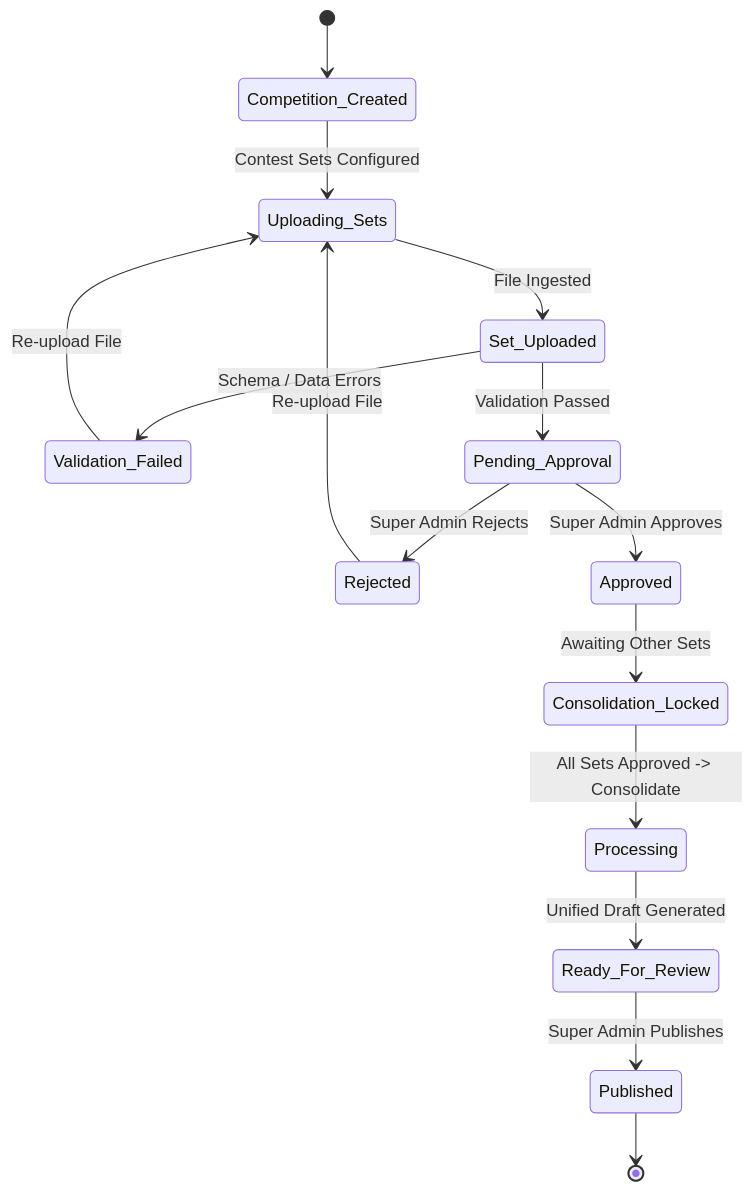
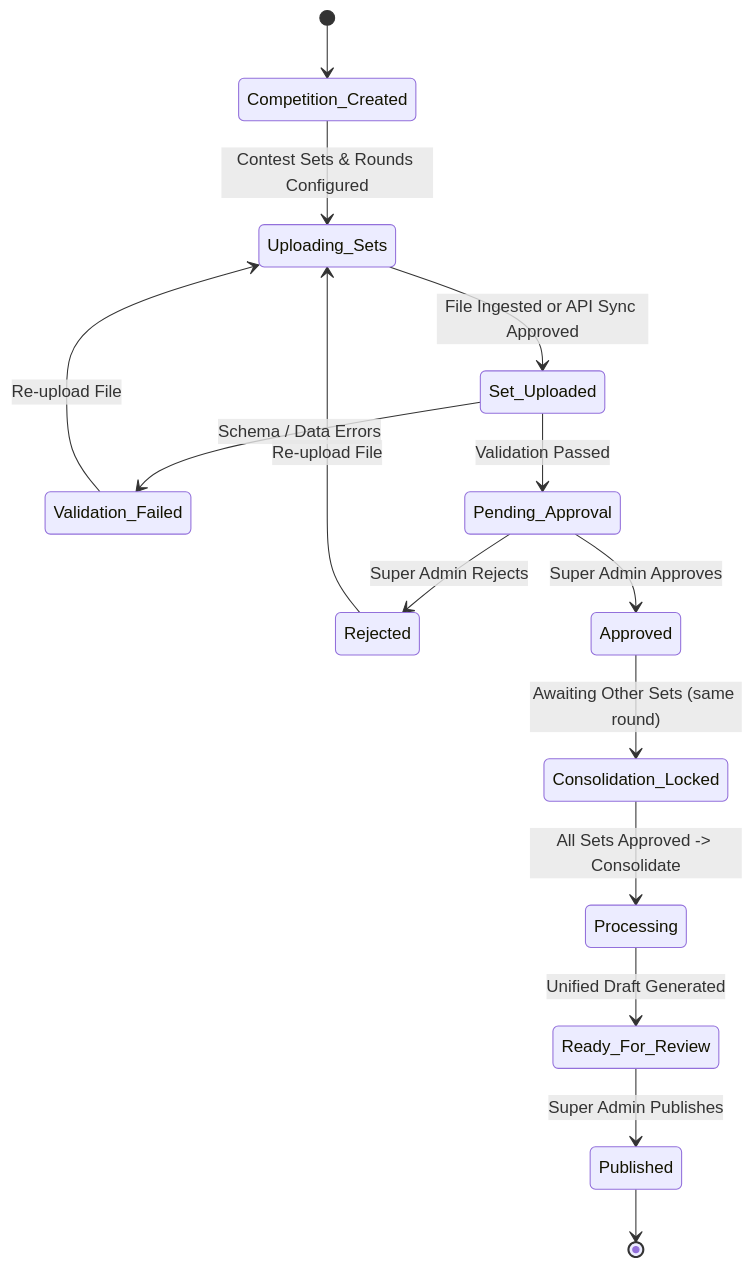
Before and after one commit to toxicbishop/CodeClash-LeaderBoard: the diagram in docs/functional-requirements.md, drawn with Mermaid. The commit also changed other lines of this file and 8 other files, not shown here.

````diff
--- a/docs/functional-requirements.md
+++ b/docs/functional-requirements.md
@@ -189,17 +197,17 @@
 ```mermaid
 stateDiagram-v2
     [*] --> Competition_Created
-    Competition_Created --> Uploading_Sets: Contest Sets Configured
-    Uploading_Sets --> Set_Uploaded: File Ingested
+    Competition_Created --> Uploading_Sets: Contest Sets & Rounds Configured
+    Uploading_Sets --> Set_Uploaded: File Ingested or API Sync Approved
     Set_Uploaded --> Validation_Failed: Schema / Data Errors
     Validation_Failed --> Uploading_Sets: Re-upload File
     Set_Uploaded --> Pending_Approval: Validation Passed
     Pending_Approval --> Rejected: Super Admin Rejects
     Rejected --> Uploading_Sets: Re-upload File
     Pending_Approval --> Approved: Super Admin Approves
-    Approved --> Consolidation_Locked: Awaiting Other Sets
+    Approved --> Consolidation_Locked: Awaiting Other Sets (same round)
     Consolidation_Locked --> Processing: All Sets Approved -> Consolidate
     Processing --> Ready_For_Review: Unified Draft Generated
     Ready_For_Review --> Published: Super Admin Publishes
     Published --> [*]
 ```
````
